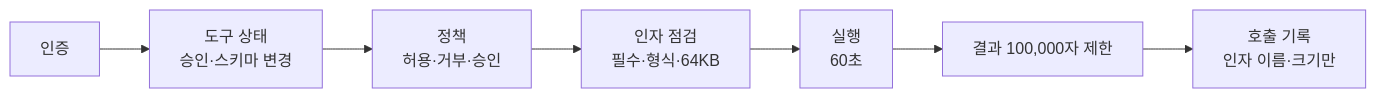
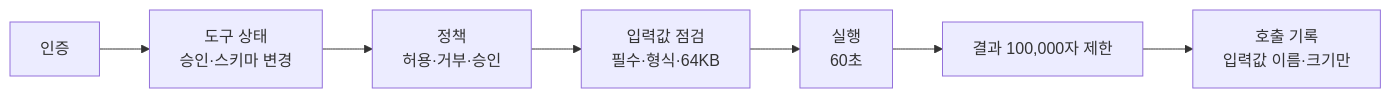
The diagram in platform/hub.md (Malburi/hnix-ax-site), drawn with Mermaid before and after one commit. The commit also changed other lines of this file and 45 other files, not shown here.

````diff
--- a/platform/hub.md
+++ b/platform/hub.md
@@ -49,4 +49,4 @@
 ```mermaid
 flowchart LR
-    A["인증"] --> S["도구 상태<br/>승인·스키마 변경"] --> P["정책<br/>허용·거부·승인"] --> V["인자 점검<br/>필수·형식·64KB"] --> X["실행<br/>60초"] --> L["결과 100,000자 제한"] --> R["호출 기록<br/>인자 이름·크기만"]
+    A["인증"] --> S["도구 상태<br/>승인·스키마 변경"] --> P["정책<br/>허용·거부·승인"] --> V["입력값 점검<br/>필수·형식·64KB"] --> X["실행<br/>60초"] --> L["결과 100,000자 제한"] --> R["호출 기록<br/>입력값 이름·크기만"]
 ```
````
